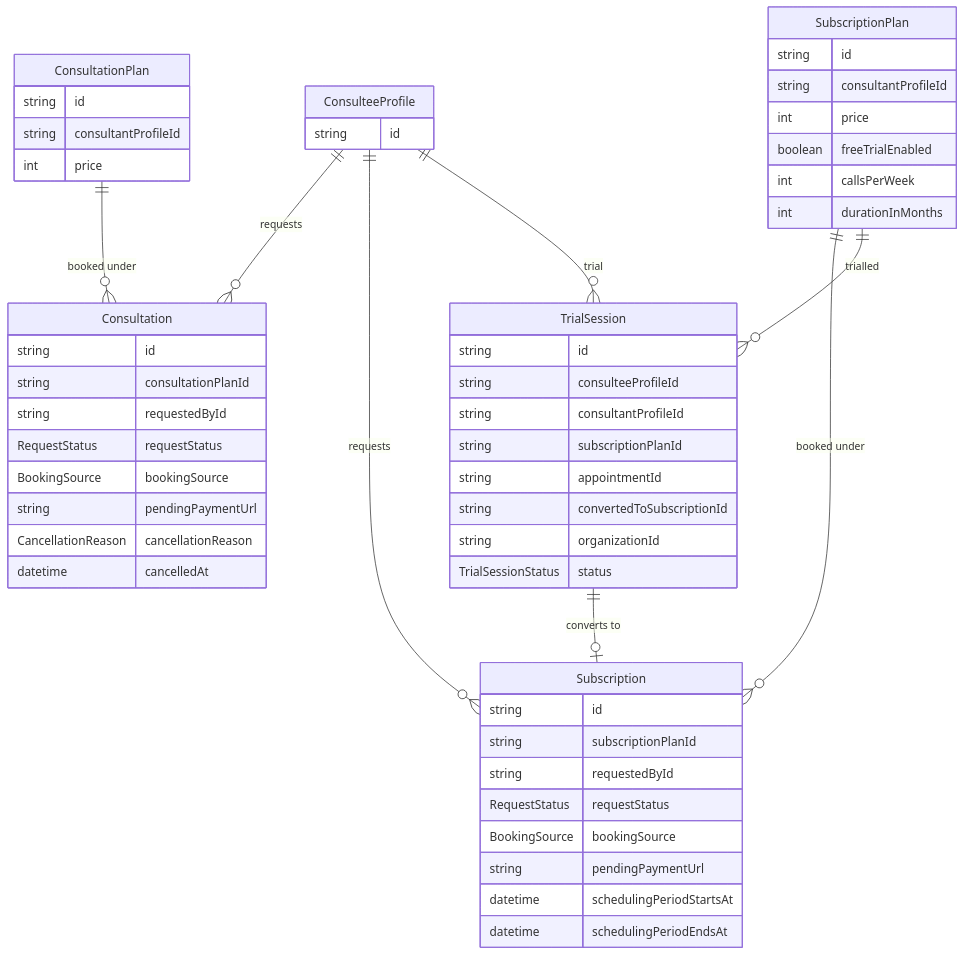
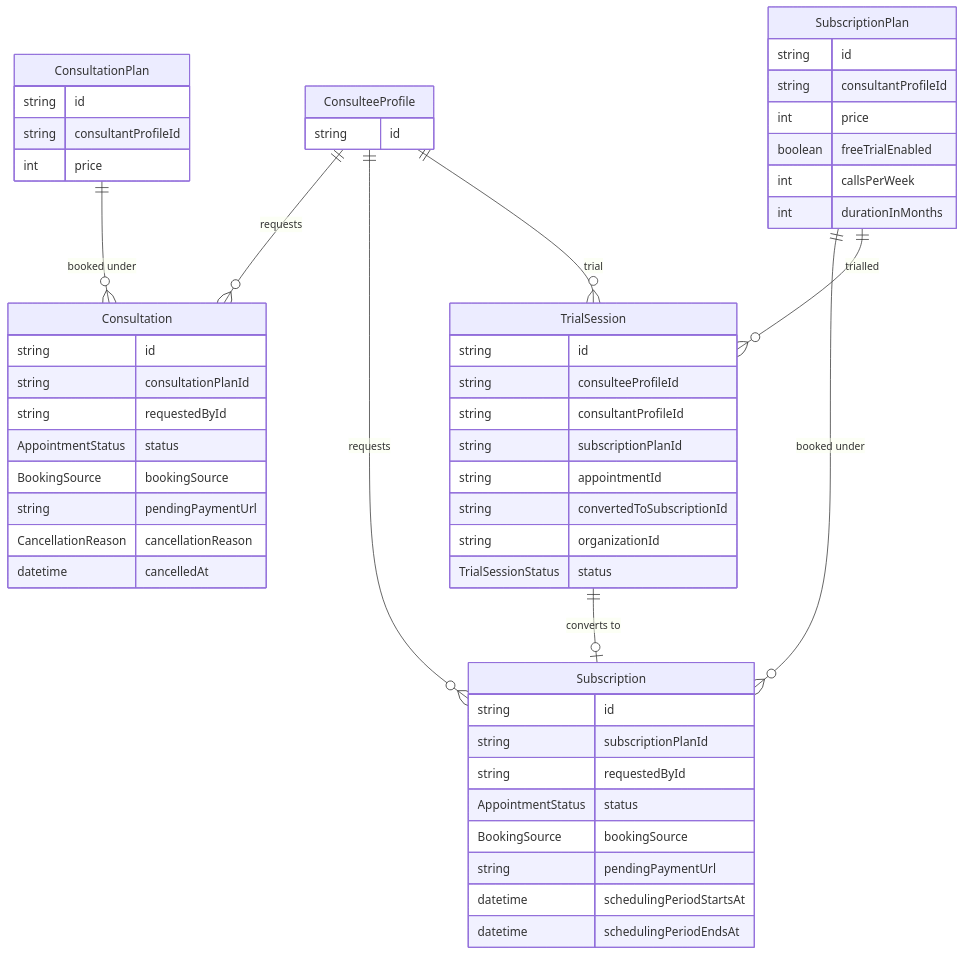
The ninth of 24 diagrams in SCHEMA_MAP.md (Practitionist/familiarise_web), drawn with Mermaid before and after one commit. The commit also changed other lines of this file and 81 other files, not shown here.

First line of the commit message:
refactor(terminology): requestStatus → status, RequestStatus → AppointmentStatus (phase 2)

````diff
--- a/SCHEMA_MAP.md
+++ b/SCHEMA_MAP.md
@@ -594,57 +594,57 @@
 ```mermaid
 erDiagram
     ConsulteeProfile {
         string id
     }
     ConsultationPlan {
         string id
         string consultantProfileId
         int price
     }
     Consultation {
         string id
         string consultationPlanId
         string requestedById
-        RequestStatus requestStatus
+        AppointmentStatus status
         BookingSource bookingSource
         string pendingPaymentUrl
         CancellationReason cancellationReason
         datetime cancelledAt
     }
     SubscriptionPlan {
         string id
         string consultantProfileId
         int price
         boolean freeTrialEnabled
         int callsPerWeek
         int durationInMonths
     }
     Subscription {
         string id
         string subscriptionPlanId
         string requestedById
-        RequestStatus requestStatus
+        AppointmentStatus status
         BookingSource bookingSource
         string pendingPaymentUrl
         datetime schedulingPeriodStartsAt
         datetime schedulingPeriodEndsAt
     }
     TrialSession {
         string id
         string consulteeProfileId
         string consultantProfileId
         string subscriptionPlanId
         string appointmentId
         string convertedToSubscriptionId
         string organizationId
         TrialSessionStatus status
     }
 
     ConsulteeProfile ||--o{ Consultation : "requests"
     ConsultationPlan ||--o{ Consultation : "booked under"
     ConsulteeProfile ||--o{ Subscription : "requests"
     SubscriptionPlan ||--o{ Subscription : "booked under"
     ConsulteeProfile ||--o{ TrialSession : "trial"
     SubscriptionPlan ||--o{ TrialSession : "trialled"
     TrialSession ||--o| Subscription : "converts to"
 ```
````
